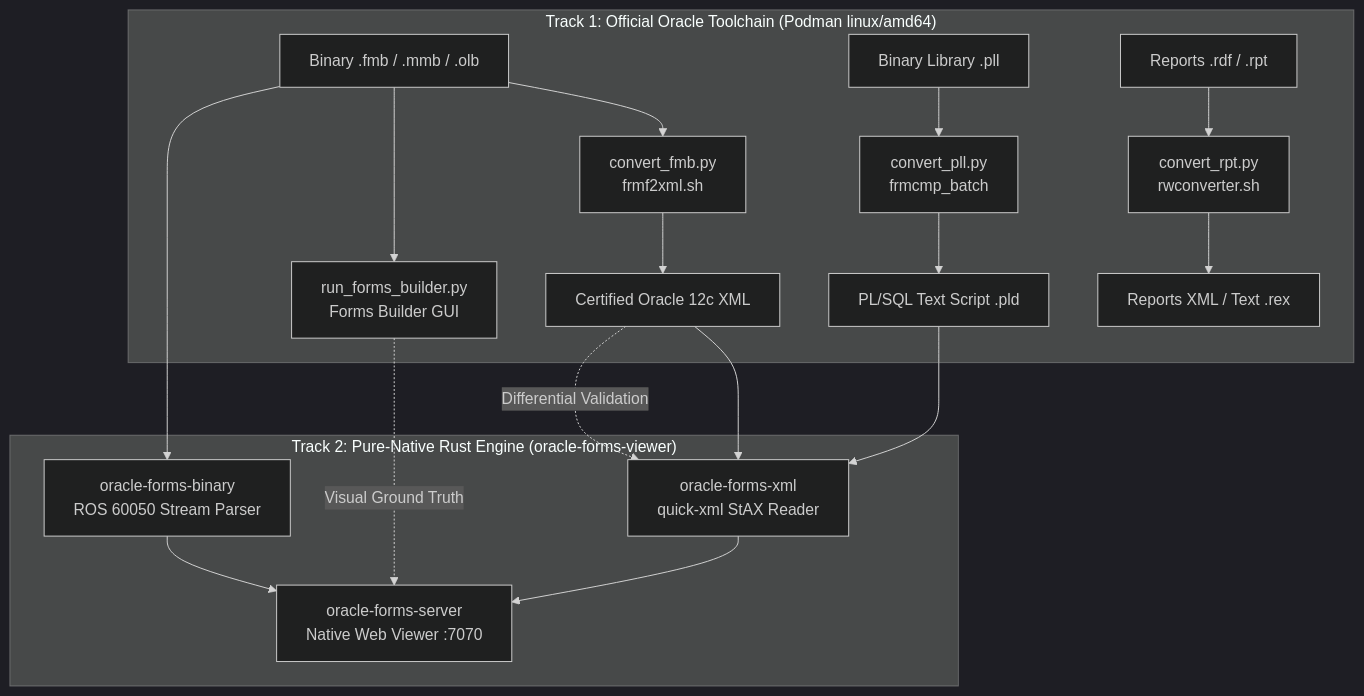
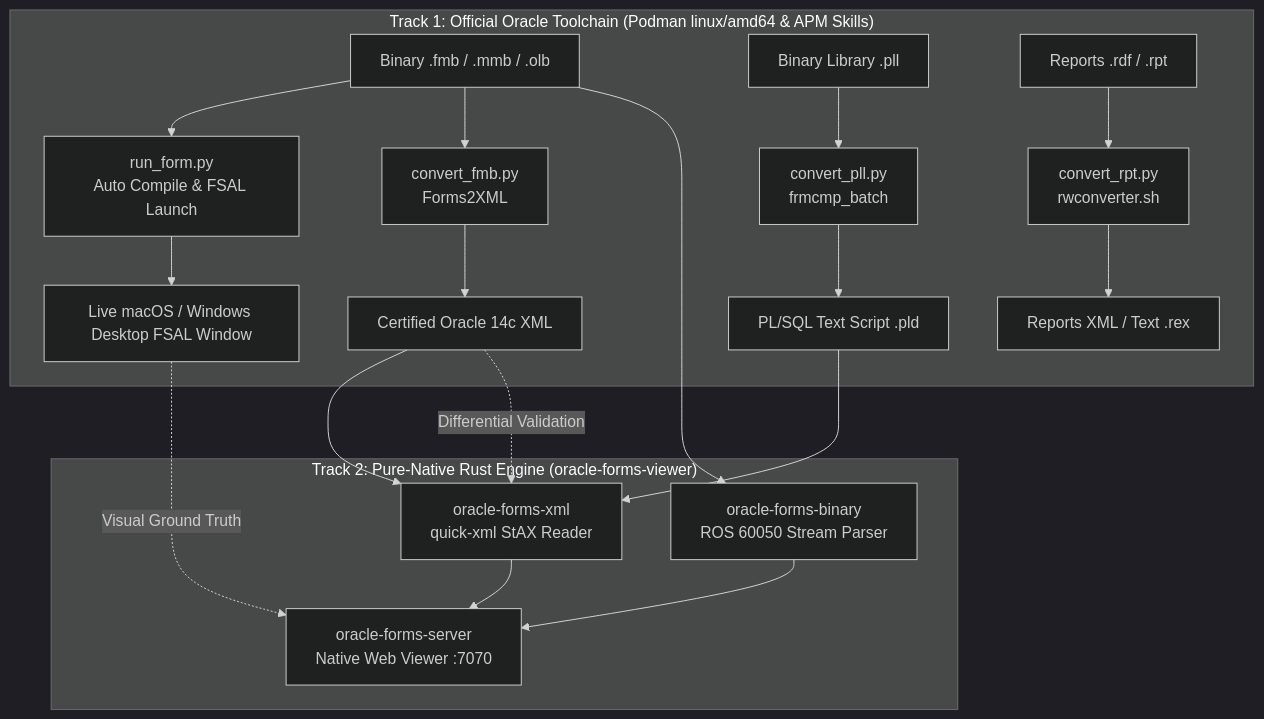
Before and after one commit to richfrem/oracle-forms-viewer: the diagram in tools/podman-converter/README.md, drawn with Mermaid (dark theme). The commit also changed other lines of this file and 53 other files, not shown here.

First line of the commit message:
feat(testbed): add Oracle Forms 14c testbed, APM plugin skills, and desktop FSAL runner

````diff
--- a/tools/podman-converter/README.md
+++ b/tools/podman-converter/README.md
@@ -15,28 +19,29 @@
 ```mermaid
 flowchart TD
-    subgraph Track1["Track 1: Official Oracle Toolchain (Podman linux/amd64)"]
+    subgraph Track1["Track 1: Official Oracle Toolchain (Podman linux/amd64 & APM Skills)"]
         FMB[Binary .fmb / .mmb / .olb]
         PLL[Binary Library .pll]
         RPT[Reports .rdf / .rpt]
         
-        FMB --> CONV_FMB[convert_fmb.py<br/>frmf2xml.sh]
+        FMB --> RUN[run_form.py<br/>Auto Compile & FSAL Launch]
+        FMB --> CONV_FMB[convert_fmb.py<br/>Forms2XML]
         PLL --> CONV_PLL[convert_pll.py<br/>frmcmp_batch]
         RPT --> CONV_RPT[convert_rpt.py<br/>rwconverter.sh]
-        FMB --> GUI[run_forms_builder.py<br/>Forms Builder GUI]
         
-        CONV_FMB --> XML[Certified Oracle 12c XML]
+        CONV_FMB --> XML[Certified Oracle 14c XML]
         CONV_PLL --> PLD[PL/SQL Text Script .pld]
         CONV_RPT --> RPT_OUT[Reports XML / Text .rex]
+        RUN --> LIVE[Live macOS / Windows Desktop FSAL Window]
     end
 
     subgraph Track2["Track 2: Pure-Native Rust Engine (oracle-forms-viewer)"]
         FMB --> RUST_BIN[oracle-forms-binary<br/>ROS 60050 Stream Parser]
         XML --> RUST_XML[oracle-forms-xml<br/>quick-xml StAX Reader]
         PLD --> RUST_XML
         RUST_BIN --> VIEWER[oracle-forms-server<br/>Native Web Viewer :7070]
         RUST_XML --> VIEWER
     end
 
     XML -.->|Differential Validation| RUST_XML
-    GUI -.->|Visual Ground Truth| VIEWER
+    LIVE -.->|Visual Ground Truth| VIEWER
 ```
````
